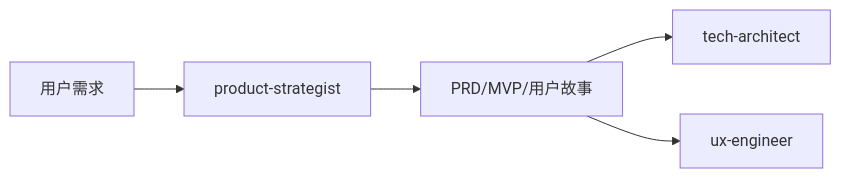
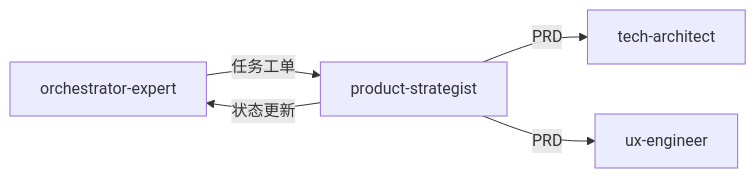
Before and after one commit to Tooooommy/Trae-Workflow: the diagram in skills/product-strategist/SKILL.md, drawn with Mermaid. The commit also changed other lines of this file, not shown here.

First line of the commit message:
refactor: adapt product-strategist to orchestrator-expert workflow

````diff
--- a/skills/product-strategist/SKILL.md
+++ b/skills/product-strategist/SKILL.md
@@ -85,7 +86,7 @@
 ```mermaid
 flowchart LR
-    A[用户需求] --> B[product-strategist]
-    B --> C[PRD/MVP/用户故事]
-    C --> D[tech-architect]
-    C --> E[ux-engineer]
+    A[orchestrator-expert] -->|任务工单| B[product-strategist]
+    B -->|PRD| C[tech-architect]
+    B -->|PRD| D[ux-engineer]
+    B -->|状态更新| A
 ```
````
